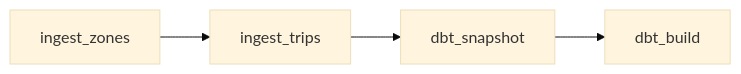
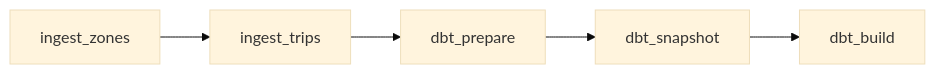
Before and after one commit to MerouaneRH/nyc-taxi-pipeline: the second of 2 diagrams in docs/architecture.md, drawn with Mermaid (base theme). The commit also changed other lines of this file and 6 other files, not shown here.

````diff
--- a/docs/architecture.md
+++ b/docs/architecture.md
@@ -43,4 +43,4 @@
 ```mermaid
 flowchart LR
-    ingest_zones --> ingest_trips --> dbt_snapshot --> dbt_build
+    ingest_zones --> ingest_trips --> dbt_prepare --> dbt_snapshot --> dbt_build
 ```
````
